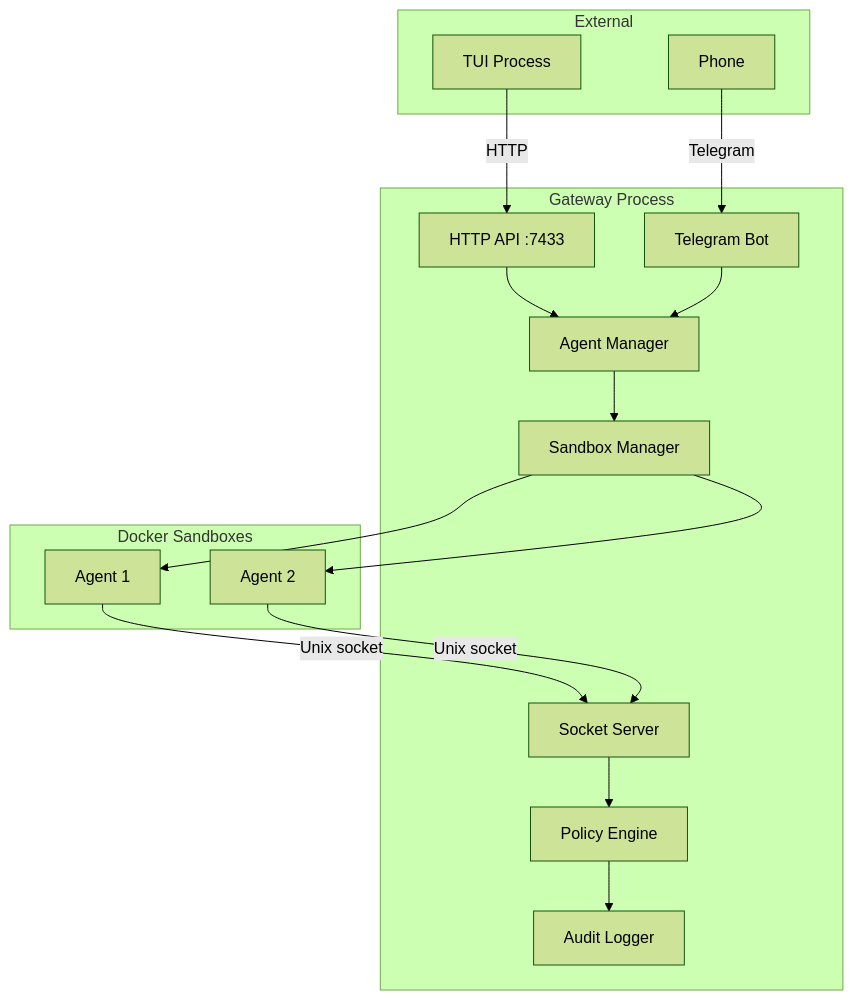
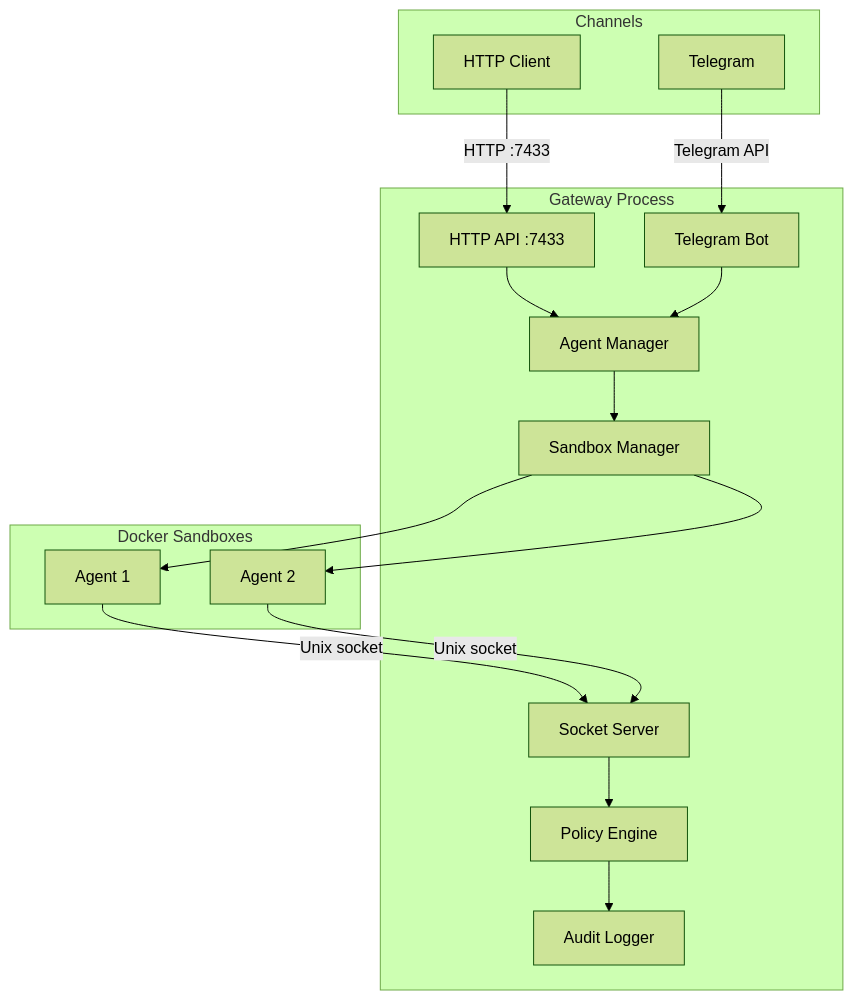
Before and after one commit to matthias-hausberger/beige: the diagram in docs/gateway/index.mdx, drawn with Mermaid (forest theme). The commit also changed other lines of this file and 7 other files, not shown here.

````diff
--- a/docs/gateway/index.mdx
+++ b/docs/gateway/index.mdx
@@ -8,35 +10,35 @@
 ```mermaid
 graph TB
     subgraph "Gateway Process"
         AM[Agent Manager]
         SM[Sandbox Manager]
         SS[Socket Server]
         PE[Policy Engine]
         AL[Audit Logger]
         API[HTTP API :7433]
         TG[Telegram Bot]
     end
 
     subgraph "Docker Sandboxes"
         SB1[Agent 1]
         SB2[Agent 2]
     end
 
-    subgraph "External"
-        TUI[TUI Process]
-        PHONE[Phone]
+    subgraph "Channels"
+        PHONE[Telegram]
+        HTTP[HTTP Client]
     end
 
     AM --> SM
     SM --> SB1
     SM --> SB2
     SB1 -->|Unix socket| SS
     SB2 -->|Unix socket| SS
     SS --> PE
     PE --> AL
 
-    TUI -->|HTTP| API
-    PHONE -->|Telegram| TG
+    HTTP -->|HTTP :7433| API
+    PHONE -->|Telegram API| TG
     API --> AM
     TG --> AM
 ```
````
